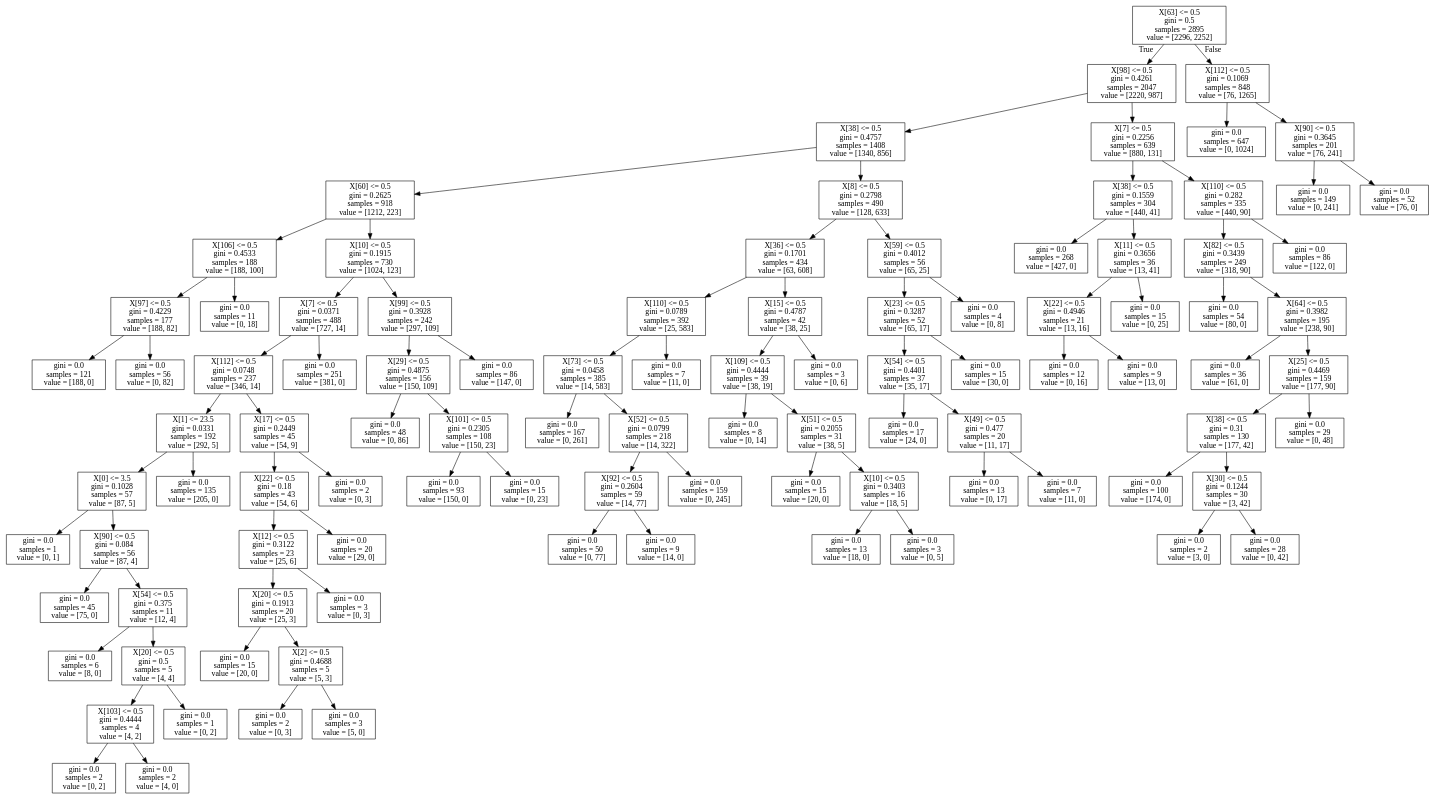
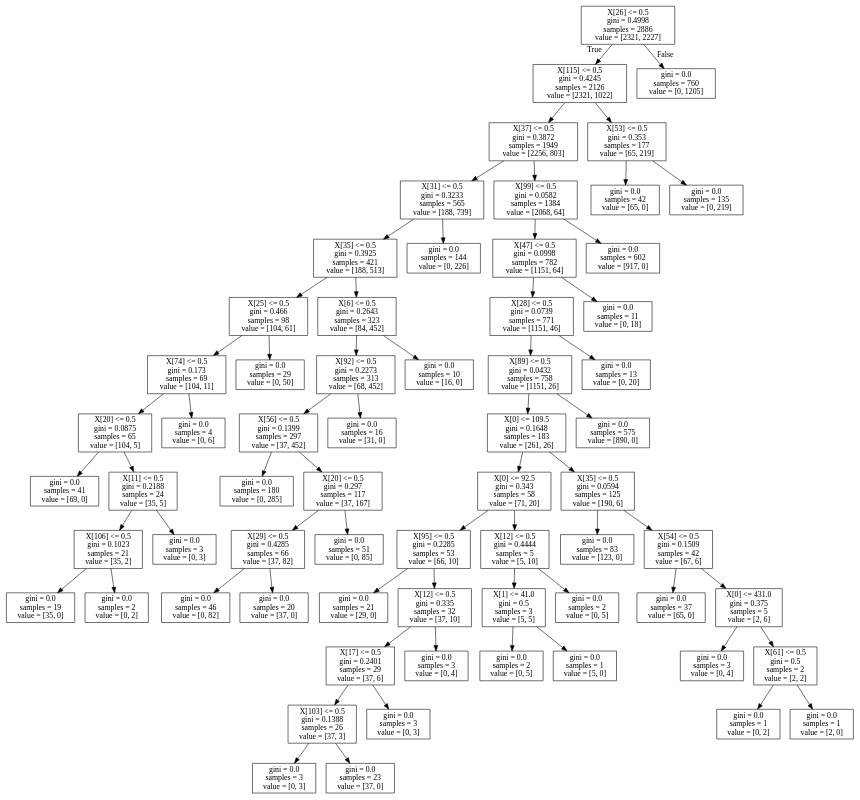
Before and after one commit to CaptainDredge/DSG-Entry-Data-Science-Competition: the diagram in tree_4.dot, drawn with Graphviz. The commit also changed 18 other files, not shown here.

```diff
--- a/tree_4.dot
+++ b/tree_4.dot
@@ -1,200 +1,132 @@
 digraph Tree {
 node [shape=box] ;
-0 [label="X[63] <= 0.5\ngini = 0.5\nsamples = 2895\nvalue = [2296, 2252]"] ;
-1 [label="X[98] <= 0.5\ngini = 0.4261\nsamples = 2047\nvalue = [2220, 987]"] ;
+0 [label="X[26] <= 0.5\ngini = 0.4998\nsamples = 2886\nvalue = [2321, 2227]"] ;
+1 [label="X[115] <= 0.5\ngini = 0.4245\nsamples = 2126\nvalue = [2321, 1022]"] ;
 0 -> 1 [labeldistance=2.5, labelangle=45, headlabel="True"] ;
-2 [label="X[38] <= 0.5\ngini = 0.4757\nsamples = 1408\nvalue = [1340, 856]"] ;
+2 [label="X[37] <= 0.5\ngini = 0.3872\nsamples = 1949\nvalue = [2256, 803]"] ;
 1 -> 2 ;
-3 [label="X[60] <= 0.5\ngini = 0.2625\nsamples = 918\nvalue = [1212, 223]"] ;
+3 [label="X[31] <= 0.5\ngini = 0.3233\nsamples = 565\nvalue = [188, 739]"] ;
 2 -> 3 ;
-4 [label="X[106] <= 0.5\ngini = 0.4533\nsamples = 188\nvalue = [188, 100]"] ;
+4 [label="X[35] <= 0.5\ngini = 0.3925\nsamples = 421\nvalue = [188, 513]"] ;
 3 -> 4 ;
-5 [label="X[97] <= 0.5\ngini = 0.4229\nsamples = 177\nvalue = [188, 82]"] ;
+5 [label="X[25] <= 0.5\ngini = 0.466\nsamples = 98\nvalue = [104, 61]"] ;
 4 -> 5 ;
-6 [label="gini = 0.0\nsamples = 121\nvalue = [188, 0]"] ;
+6 [label="X[74] <= 0.5\ngini = 0.173\nsamples = 69\nvalue = [104, 11]"] ;
 5 -> 6 ;
-7 [label="gini = 0.0\nsamples = 56\nvalue = [0, 82]"] ;
-5 -> 7 ;
-8 [label="gini = 0.0\nsamples = 11\nvalue = [0, 18]"] ;
-4 -> 8 ;
-9 [label="X[10] <= 0.5\ngini = 0.1915\nsamples = 730\nvalue = [1024, 123]"] ;
-3 -> 9 ;
-10 [label="X[7] <= 0.5\ngini = 0.0371\nsamples = 488\nvalue = [727, 14]"] ;
+7 [label="X[20] <= 0.5\ngini = 0.0875\nsamples = 65\nvalue = [104, 5]"] ;
+6 -> 7 ;
+8 [label="gini = 0.0\nsamples = 41\nvalue = [69, 0]"] ;
+7 -> 8 ;
+9 [label="X[11] <= 0.5\ngini = 0.2188\nsamples = 24\nvalue = [35, 5]"] ;
+7 -> 9 ;
+10 [label="X[106] <= 0.5\ngini = 0.1023\nsamples = 21\nvalue = [35, 2]"] ;
 9 -> 10 ;
-11 [label="X[112] <= 0.5\ngini = 0.0748\nsamples = 237\nvalue = [346, 14]"] ;
+11 [label="gini = 0.0\nsamples = 19\nvalue = [35, 0]"] ;
 10 -> 11 ;
-12 [label="X[1] <= 23.5\ngini = 0.0331\nsamples = 192\nvalue = [292, 5]"] ;
-11 -> 12 ;
-13 [label="X[0] <= 3.5\ngini = 0.1028\nsamples = 57\nvalue = [87, 5]"] ;
-12 -> 13 ;
-14 [label="gini = 0.0\nsamples = 1\nvalue = [0, 1]"] ;
-13 -> 14 ;
-15 [label="X[90] <= 0.5\ngini = 0.084\nsamples = 56\nvalue = [87, 4]"] ;
-13 -> 15 ;
-16 [label="gini = 0.0\nsamples = 45\nvalue = [75, 0]"] ;
-15 -> 16 ;
-17 [label="X[54] <= 0.5\ngini = 0.375\nsamples = 11\nvalue = [12, 4]"] ;
-15 -> 17 ;
-18 [label="gini = 0.0\nsamples = 6\nvalue = [8, 0]"] ;
+12 [label="gini = 0.0\nsamples = 2\nvalue = [0, 2]"] ;
+10 -> 12 ;
+13 [label="gini = 0.0\nsamples = 3\nvalue = [0, 3]"] ;
+9 -> 13 ;
+14 [label="gini = 0.0\nsamples = 4\nvalue = [0, 6]"] ;
+6 -> 14 ;
+15 [label="gini = 0.0\nsamples = 29\nvalue = [0, 50]"] ;
+5 -> 15 ;
+16 [label="X[6] <= 0.5\ngini = 0.2643\nsamples = 323\nvalue = [84, 452]"] ;
+4 -> 16 ;
+17 [label="X[92] <= 0.5\ngini = 0.2273\nsamples = 313\nvalue = [68, 452]"] ;
+16 -> 17 ;
+18 [label="X[56] <= 0.5\ngini = 0.1399\nsamples = 297\nvalue = [37, 452]"] ;
 17 -> 18 ;
-19 [label="X[20] <= 0.5\ngini = 0.5\nsamples = 5\nvalue = [4, 4]"] ;
-17 -> 19 ;
-20 [label="X[103] <= 0.5\ngini = 0.4444\nsamples = 4\nvalue = [4, 2]"] ;
-19 -> 20 ;
-21 [label="gini = 0.0\nsamples = 2\nvalue = [0, 2]"] ;
+19 [label="gini = 0.0\nsamples = 180\nvalue = [0, 285]"] ;
+18 -> 19 ;
+20 [label="X[20] <= 0.5\ngini = 0.297\nsamples = 117\nvalue = [37, 167]"] ;
+18 -> 20 ;
+21 [label="X[29] <= 0.5\ngini = 0.4285\nsamples = 66\nvalue = [37, 82]"] ;
 20 -> 21 ;
-22 [label="gini = 0.0\nsamples = 2\nvalue = [4, 0]"] ;
-20 -> 22 ;
-23 [label="gini = 0.0\nsamples = 1\nvalue = [0, 2]"] ;
-19 -> 23 ;
-24 [label="gini = 0.0\nsamples = 135\nvalue = [205, 0]"] ;
-12 -> 24 ;
-25 [label="X[17] <= 0.5\ngini = 0.2449\nsamples = 45\nvalue = [54, 9]"] ;
-11 -> 25 ;
-26 [label="X[22] <= 0.5\ngini = 0.18\nsamples = 43\nvalue = [54, 6]"] ;
-25 -> 26 ;
-27 [label="X[12] <= 0.5\ngini = 0.3122\nsamples = 23\nvalue = [25, 6]"] ;
-26 -> 27 ;
-28 [label="X[20] <= 0.5\ngini = 0.1913\nsamples = 20\nvalue = [25, 3]"] ;
-27 -> 28 ;
-29 [label="gini = 0.0\nsamples = 15\nvalue = [20, 0]"] ;
+22 [label="gini = 0.0\nsamples = 46\nvalue = [0, 82]"] ;
+21 -> 22 ;
+23 [label="gini = 0.0\nsamples = 20\nvalue = [37, 0]"] ;
+21 -> 23 ;
+24 [label="gini = 0.0\nsamples = 51\nvalue = [0, 85]"] ;
+20 -> 24 ;
+25 [label="gini = 0.0\nsamples = 16\nvalue = [31, 0]"] ;
+17 -> 25 ;
+26 [label="gini = 0.0\nsamples = 10\nvalue = [16, 0]"] ;
+16 -> 26 ;
+27 [label="gini = 0.0\nsamples = 144\nvalue = [0, 226]"] ;
+3 -> 27 ;
+28 [label="X[99] <= 0.5\ngini = 0.0582\nsamples = 1384\nvalue = [2068, 64]"] ;
+2 -> 28 ;
+29 [label="X[47] <= 0.5\ngini = 0.0998\nsamples = 782\nvalue = [1151, 64]"] ;
 28 -> 29 ;
-30 [label="X[2] <= 0.5\ngini = 0.4688\nsamples = 5\nvalue = [5, 3]"] ;
-28 -> 30 ;
-31 [label="gini = 0.0\nsamples = 2\nvalue = [0, 3]"] ;
+30 [label="X[28] <= 0.5\ngini = 0.0739\nsamples = 771\nvalue = [1151, 46]"] ;
+29 -> 30 ;
+31 [label="X[89] <= 0.5\ngini = 0.0432\nsamples = 758\nvalue = [1151, 26]"] ;
 30 -> 31 ;
-32 [label="gini = 0.0\nsamples = 3\nvalue = [5, 0]"] ;
-30 -> 32 ;
-33 [label="gini = 0.0\nsamples = 3\nvalue = [0, 3]"] ;
-27 -> 33 ;
-34 [label="gini = 0.0\nsamples = 20\nvalue = [29, 0]"] ;
-26 -> 34 ;
-35 [label="gini = 0.0\nsamples = 2\nvalue = [0, 3]"] ;
-25 -> 35 ;
-36 [label="gini = 0.0\nsamples = 251\nvalue = [381, 0]"] ;
-10 -> 36 ;
-37 [label="X[99] <= 0.5\ngini = 0.3928\nsamples = 242\nvalue = [297, 109]"] ;
-9 -> 37 ;
-38 [label="X[29] <= 0.5\ngini = 0.4875\nsamples = 156\nvalue = [150, 109]"] ;
+32 [label="X[0] <= 109.5\ngini = 0.1648\nsamples = 183\nvalue = [261, 26]"] ;
+31 -> 32 ;
+33 [label="X[0] <= 92.5\ngini = 0.343\nsamples = 58\nvalue = [71, 20]"] ;
+32 -> 33 ;
+34 [label="X[95] <= 0.5\ngini = 0.2285\nsamples = 53\nvalue = [66, 10]"] ;
+33 -> 34 ;
+35 [label="gini = 0.0\nsamples = 21\nvalue = [29, 0]"] ;
+34 -> 35 ;
+36 [label="X[12] <= 0.5\ngini = 0.335\nsamples = 32\nvalue = [37, 10]"] ;
+34 -> 36 ;
+37 [label="X[17] <= 0.5\ngini = 0.2401\nsamples = 29\nvalue = [37, 6]"] ;
+36 -> 37 ;
+38 [label="X[103] <= 0.5\ngini = 0.1388\nsamples = 26\nvalue = [37, 3]"] ;
 37 -> 38 ;
-39 [label="gini = 0.0\nsamples = 48\nvalue = [0, 86]"] ;
+39 [label="gini = 0.0\nsamples = 3\nvalue = [0, 3]"] ;
 38 -> 39 ;
-40 [label="X[101] <= 0.5\ngini = 0.2305\nsamples = 108\nvalue = [150, 23]"] ;
+40 [label="gini = 0.0\nsamples = 23\nvalue = [37, 0]"] ;
 38 -> 40 ;
-41 [label="gini = 0.0\nsamples = 93\nvalue = [150, 0]"] ;
-40 -> 41 ;
-42 [label="gini = 0.0\nsamples = 15\nvalue = [0, 23]"] ;
-40 -> 42 ;
-43 [label="gini = 0.0\nsamples = 86\nvalue = [147, 0]"] ;
-37 -> 43 ;
-44 [label="X[8] <= 0.5\ngini = 0.2798\nsamples = 490\nvalue = [128, 633]"] ;
-2 -> 44 ;
-45 [label="X[36] <= 0.5\ngini = 0.1701\nsamples = 434\nvalue = [63, 608]"] ;
+41 [label="gini = 0.0\nsamples = 3\nvalue = [0, 3]"] ;
+37 -> 41 ;
+42 [label="gini = 0.0\nsamples = 3\nvalue = [0, 4]"] ;
+36 -> 42 ;
+43 [label="X[12] <= 0.5\ngini = 0.4444\nsamples = 5\nvalue = [5, 10]"] ;
+33 -> 43 ;
+44 [label="X[1] <= 41.0\ngini = 0.5\nsamples = 3\nvalue = [5, 5]"] ;
+43 -> 44 ;
+45 [label="gini = 0.0\nsamples = 2\nvalue = [0, 5]"] ;
 44 -> 45 ;
-46 [label="X[110] <= 0.5\ngini = 0.0789\nsamples = 392\nvalue = [25, 583]"] ;
-45 -> 46 ;
-47 [label="X[73] <= 0.5\ngini = 0.0458\nsamples = 385\nvalue = [14, 583]"] ;
-46 -> 47 ;
-48 [label="gini = 0.0\nsamples = 167\nvalue = [0, 261]"] ;
-47 -> 48 ;
-49 [label="X[52] <= 0.5\ngini = 0.0799\nsamples = 218\nvalue = [14, 322]"] ;
-47 -> 49 ;
-50 [label="X[92] <= 0.5\ngini = 0.2604\nsamples = 59\nvalue = [14, 77]"] ;
-49 -> 50 ;
-51 [label="gini = 0.0\nsamples = 50\nvalue = [0, 77]"] ;
+46 [label="gini = 0.0\nsamples = 1\nvalue = [5, 0]"] ;
+44 -> 46 ;
+47 [label="gini = 0.0\nsamples = 2\nvalue = [0, 5]"] ;
+43 -> 47 ;
+48 [label="X[35] <= 0.5\ngini = 0.0594\nsamples = 125\nvalue = [190, 6]"] ;
+32 -> 48 ;
+49 [label="gini = 0.0\nsamples = 83\nvalue = [123, 0]"] ;
+48 -> 49 ;
+50 [label="X[54] <= 0.5\ngini = 0.1509\nsamples = 42\nvalue = [67, 6]"] ;
+48 -> 50 ;
+51 [label="gini = 0.0\nsamples = 37\nvalue = [65, 0]"] ;
 50 -> 51 ;
-52 [label="gini = 0.0\nsamples = 9\nvalue = [14, 0]"] ;
+52 [label="X[0] <= 431.0\ngini = 0.375\nsamples = 5\nvalue = [2, 6]"] ;
 50 -> 52 ;
-53 [label="gini = 0.0\nsamples = 159\nvalue = [0, 245]"] ;
-49 -> 53 ;
-54 [label="gini = 0.0\nsamples = 7\nvalue = [11, 0]"] ;
-46 -> 54 ;
-55 [label="X[15] <= 0.5\ngini = 0.4787\nsamples = 42\nvalue = [38, 25]"] ;
-45 -> 55 ;
-56 [label="X[109] <= 0.5\ngini = 0.4444\nsamples = 39\nvalue = [38, 19]"] ;
-55 -> 56 ;
-57 [label="gini = 0.0\nsamples = 8\nvalue = [0, 14]"] ;
-56 -> 57 ;
-58 [label="X[51] <= 0.5\ngini = 0.2055\nsamples = 31\nvalue = [38, 5]"] ;
-56 -> 58 ;
-59 [label="gini = 0.0\nsamples = 15\nvalue = [20, 0]"] ;
-58 -> 59 ;
-60 [label="X[10] <= 0.5\ngini = 0.3403\nsamples = 16\nvalue = [18, 5]"] ;
-58 -> 60 ;
-61 [label="gini = 0.0\nsamples = 13\nvalue = [18, 0]"] ;
-60 -> 61 ;
-62 [label="gini = 0.0\nsamples = 3\nvalue = [0, 5]"] ;
-60 -> 62 ;
-63 [label="gini = 0.0\nsamples = 3\nvalue = [0, 6]"] ;
-55 -> 63 ;
-64 [label="X[59] <= 0.5\ngini = 0.4012\nsamples = 56\nvalue = [65, 25]"] ;
-44 -> 64 ;
-65 [label="X[23] <= 0.5\ngini = 0.3287\nsamples = 52\nvalue = [65, 17]"] ;
-64 -> 65 ;
-66 [label="X[54] <= 0.5\ngini = 0.4401\nsamples = 37\nvalue = [35, 17]"] ;
-65 -> 66 ;
-67 [label="gini = 0.0\nsamples = 17\nvalue = [24, 0]"] ;
-66 -> 67 ;
-68 [label="X[49] <= 0.5\ngini = 0.477\nsamples = 20\nvalue = [11, 17]"] ;
-66 -> 68 ;
-69 [label="gini = 0.0\nsamples = 13\nvalue = [0, 17]"] ;
-68 -> 69 ;
-70 [label="gini = 0.0\nsamples = 7\nvalue = [11, 0]"] ;
-68 -> 70 ;
-71 [label="gini = 0.0\nsamples = 15\nvalue = [30, 0]"] ;
-65 -> 71 ;
-72 [label="gini = 0.0\nsamples = 4\nvalue = [0, 8]"] ;
-64 -> 72 ;
-73 [label="X[7] <= 0.5\ngini = 0.2256\nsamples = 639\nvalue = [880, 131]"] ;
-1 -> 73 ;
-74 [label="X[38] <= 0.5\ngini = 0.1559\nsamples = 304\nvalue = [440, 41]"] ;
-73 -> 74 ;
-75 [label="gini = 0.0\nsamples = 268\nvalue = [427, 0]"] ;
-74 -> 75 ;
-76 [label="X[11] <= 0.5\ngini = 0.3656\nsamples = 36\nvalue = [13, 41]"] ;
-74 -> 76 ;
-77 [label="X[22] <= 0.5\ngini = 0.4946\nsamples = 21\nvalue = [13, 16]"] ;
-76 -> 77 ;
-78 [label="gini = 0.0\nsamples = 12\nvalue = [0, 16]"] ;
-77 -> 78 ;
-79 [label="gini = 0.0\nsamples = 9\nvalue = [13, 0]"] ;
-77 -> 79 ;
-80 [label="gini = 0.0\nsamples = 15\nvalue = [0, 25]"] ;
-76 -> 80 ;
-81 [label="X[110] <= 0.5\ngini = 0.282\nsamples = 335\nvalue = [440, 90]"] ;
-73 -> 81 ;
-82 [label="X[82] <= 0.5\ngini = 0.3439\nsamples = 249\nvalue = [318, 90]"] ;
-81 -> 82 ;
-83 [label="gini = 0.0\nsamples = 54\nvalue = [80, 0]"] ;
-82 -> 83 ;
-84 [label="X[64] <= 0.5\ngini = 0.3982\nsamples = 195\nvalue = [238, 90]"] ;
-82 -> 84 ;
-85 [label="gini = 0.0\nsamples = 36\nvalue = [61, 0]"] ;
-84 -> 85 ;
-86 [label="X[25] <= 0.5\ngini = 0.4469\nsamples = 159\nvalue = [177, 90]"] ;
-84 -> 86 ;
-87 [label="X[38] <= 0.5\ngini = 0.31\nsamples = 130\nvalue = [177, 42]"] ;
-86 -> 87 ;
-88 [label="gini = 0.0\nsamples = 100\nvalue = [174, 0]"] ;
-87 -> 88 ;
-89 [label="X[30] <= 0.5\ngini = 0.1244\nsamples = 30\nvalue = [3, 42]"] ;
-87 -> 89 ;
-90 [label="gini = 0.0\nsamples = 2\nvalue = [3, 0]"] ;
-89 -> 90 ;
-91 [label="gini = 0.0\nsamples = 28\nvalue = [0, 42]"] ;
-89 -> 91 ;
-92 [label="gini = 0.0\nsamples = 29\nvalue = [0, 48]"] ;
-86 -> 92 ;
-93 [label="gini = 0.0\nsamples = 86\nvalue = [122, 0]"] ;
-81 -> 93 ;
-94 [label="X[112] <= 0.5\ngini = 0.1069\nsamples = 848\nvalue = [76, 1265]"] ;
-0 -> 94 [labeldistance=2.5, labelangle=-45, headlabel="False"] ;
-95 [label="gini = 0.0\nsamples = 647\nvalue = [0, 1024]"] ;
-94 -> 95 ;
-96 [label="X[90] <= 0.5\ngini = 0.3645\nsamples = 201\nvalue = [76, 241]"] ;
-94 -> 96 ;
-97 [label="gini = 0.0\nsamples = 149\nvalue = [0, 241]"] ;
-96 -> 97 ;
-98 [label="gini = 0.0\nsamples = 52\nvalue = [76, 0]"] ;
-96 -> 98 ;
+53 [label="gini = 0.0\nsamples = 3\nvalue = [0, 4]"] ;
+52 -> 53 ;
+54 [label="X[61] <= 0.5\ngini = 0.5\nsamples = 2\nvalue = [2, 2]"] ;
+52 -> 54 ;
+55 [label="gini = 0.0\nsamples = 1\nvalue = [0, 2]"] ;
+54 -> 55 ;
+56 [label="gini = 0.0\nsamples = 1\nvalue = [2, 0]"] ;
+54 -> 56 ;
+57 [label="gini = 0.0\nsamples = 575\nvalue = [890, 0]"] ;
+31 -> 57 ;
+58 [label="gini = 0.0\nsamples = 13\nvalue = [0, 20]"] ;
+30 -> 58 ;
+59 [label="gini = 0.0\nsamples = 11\nvalue = [0, 18]"] ;
+29 -> 59 ;
+60 [label="gini = 0.0\nsamples = 602\nvalue = [917, 0]"] ;
+28 -> 60 ;
+61 [label="X[53] <= 0.5\ngini = 0.353\nsamples = 177\nvalue = [65, 219]"] ;
+1 -> 61 ;
+62 [label="gini = 0.0\nsamples = 42\nvalue = [65, 0]"] ;
+61 -> 62 ;
+63 [label="gini = 0.0\nsamples = 135\nvalue = [0, 219]"] ;
+61 -> 63 ;
+64 [label="gini = 0.0\nsamples = 760\nvalue = [0, 1205]"] ;
+0 -> 64 [labeldistance=2.5, labelangle=-45, headlabel="False"] ;
 }
```
